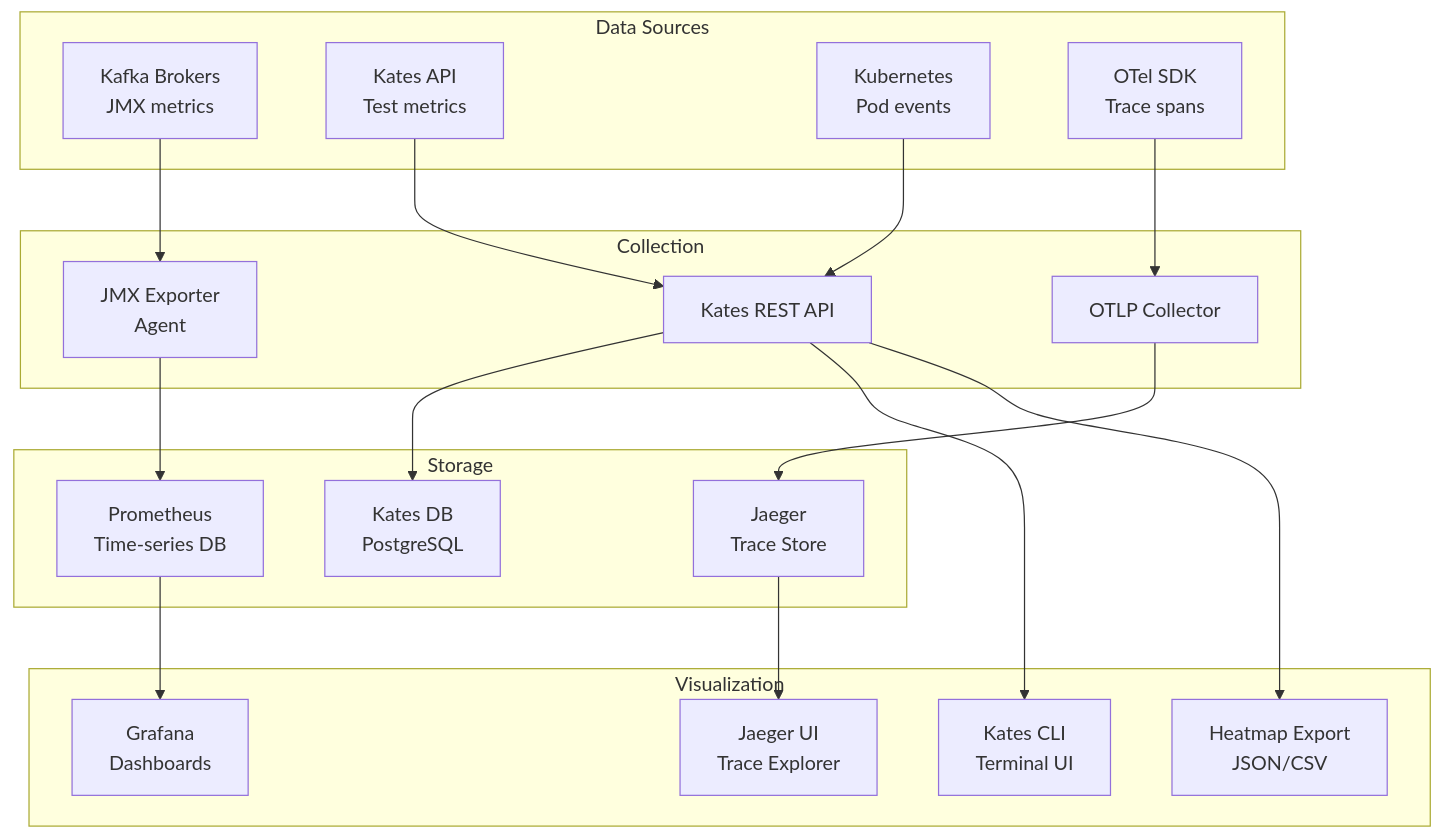
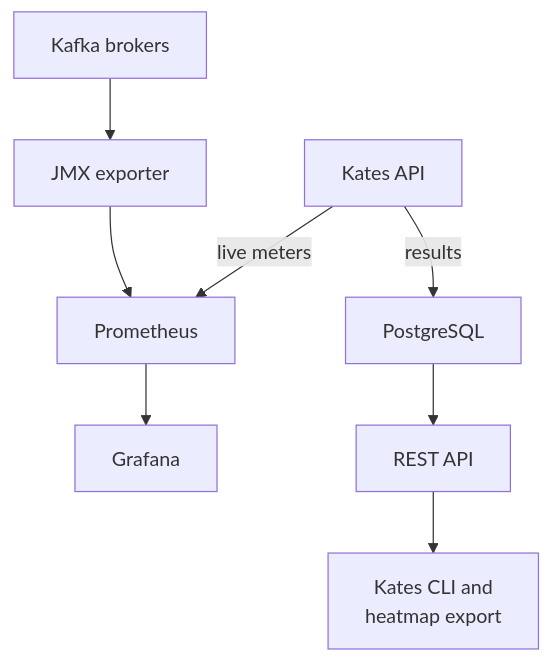
Before and after one commit to bmscomp/kates: the diagram in docs/book/09-observability.md, drawn with Mermaid. The commit also changed other lines of this file and 52 other files, not shown here.

````diff
--- a/docs/book/09-observability.md
+++ b/docs/book/09-observability.md
@@ -20,38 +18,19 @@
 ```mermaid
 %%| label: fig-observability-architecture
-%%| fig-cap: "Four-layer observability pipeline connecting Kafka brokers, the Kates API, Kubernetes events, and OpenTelemetry spans to Grafana, the CLI, and Jaeger."
-%%| fig-alt: "Top-down flowchart across four layers: Data Sources (Kafka Brokers JMX metrics, Kates API test metrics, Kubernetes pod events, OTel SDK trace spans), Collection (JMX Exporter Agent, Kates REST API, OTLP Collector), Storage (Prometheus time-series DB, Kates DB PostgreSQL, Jaeger Trace Store), and Visualization (Grafana Dashboards, Kates CLI Terminal UI, Heatmap Export JSON/CSV, Jaeger UI Trace Explorer)."
+%%| fig-cap: "Live meters reach Grafana through Prometheus and stop when a run ends; finished results live in PostgreSQL and reach the CLI through the REST API."
+%%| fig-alt: "Two paths, top to bottom. Kafka brokers feed the JMX exporter, which Prometheus scrapes, and the Kates API's live meters are scraped by Prometheus too; Grafana reads Prometheus. Separately, the Kates API writes results to PostgreSQL, and the REST API serves them to the Kates CLI and to heatmap exports."
 graph TB
-    subgraph Sources["Data Sources"]
-        KB[Kafka Brokers<br/>JMX metrics]
-        KE[Kates API<br/>Test metrics]
-        K8S[Kubernetes<br/>Pod events]
-        OTEL[OTel SDK<br/>Trace spans]
-    end
-    
-    subgraph Collection["Collection"]
-        JMX[JMX Exporter<br/>Agent]
-        API[Kates REST API]
-        OTLP[OTLP Collector]
-    end
-    
-    subgraph Storage["Storage"]
-        PROM[Prometheus<br/>Time-series DB]
-        DB[Kates DB<br/>PostgreSQL]
-        JAEGER[Jaeger<br/>Trace Store]
-    end
-    
-    subgraph Visualization["Visualization"]
-        GRAF[Grafana<br/>Dashboards]
-        CLI[Kates CLI<br/>Terminal UI]
-        HM[Heatmap Export<br/>JSON/CSV]
-        JUI[Jaeger UI<br/>Trace Explorer]
-    end
-    
-    KB --> JMX --> PROM --> GRAF
-    KE --> API --> DB
-    API --> CLI
-    API --> HM
-    K8S --> API
-    OTEL --> OTLP --> JAEGER --> JUI
+    KB[Kafka brokers]
+    JMX[JMX exporter]
+    KE[Kates API]
+    PROM[Prometheus]
+    GRAF[Grafana]
+    DB[PostgreSQL]
+    API[REST API]
+    CLI[Kates CLI and<br/>heatmap export]
+
+    KB --> JMX --> PROM
+    KE -->|live meters| PROM
+    PROM --> GRAF
+    KE -->|results| DB --> API --> CLI
 ```
````
